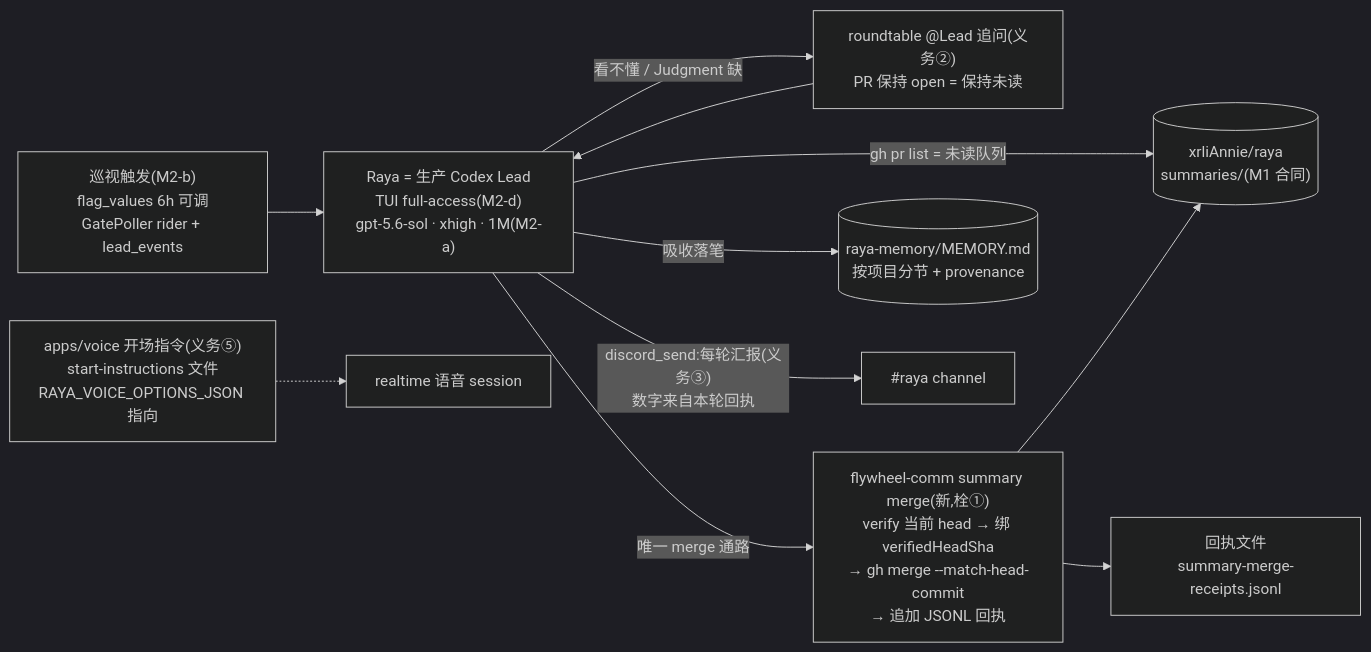
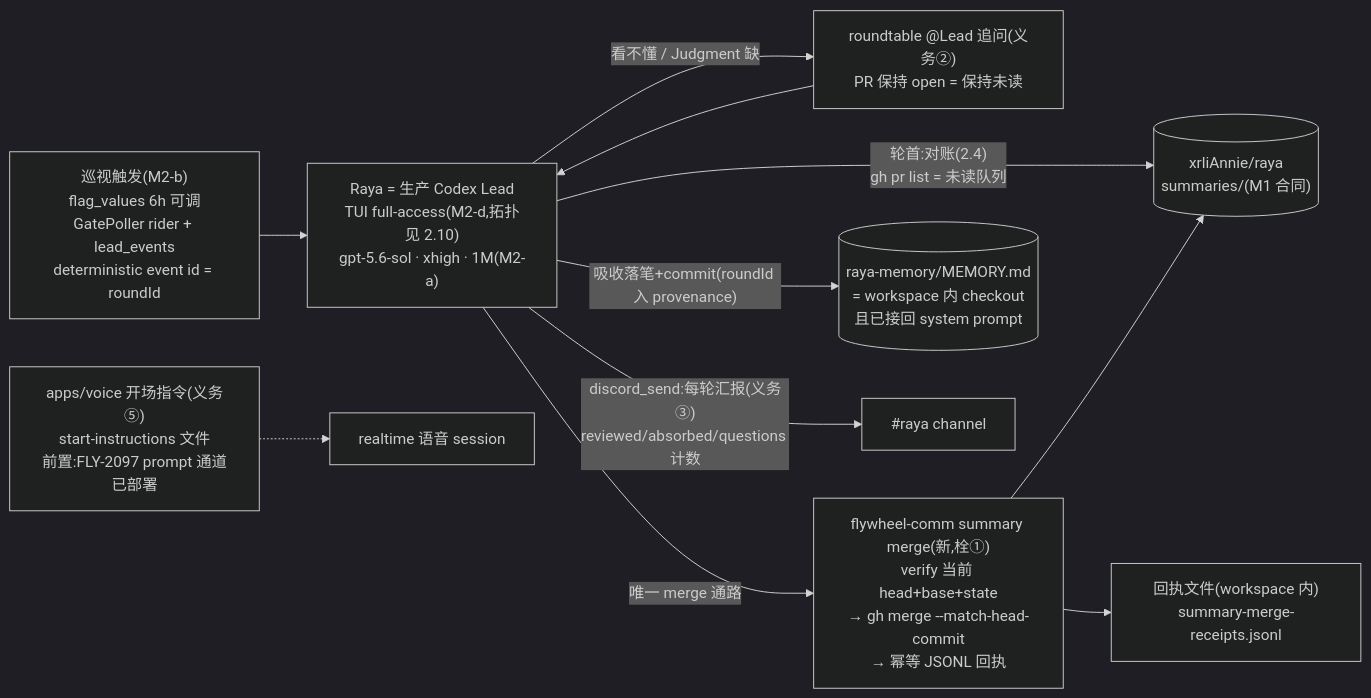
The first of 2 diagrams in engineering/doc/FLY-2131-raya-brain-absorb/plan.md (xrliAnnie/flywheel-qa-sandbox), drawn with Mermaid (dark theme) before and after one commit. The commit also changed other lines of this file and 1 other file, not shown here.

First line of the commit message:
docs(FLY-2131): plan rev2 — adopt Codex R1 (topology, crash windows, reporting contract, voice channel prereq, activation shape, mutating-path checks)

````diff
--- a/engineering/doc/FLY-2131-raya-brain-absorb/plan.md
+++ b/engineering/doc/FLY-2131-raya-brain-absorb/plan.md
@@ -18,13 +18,13 @@
 ```mermaid
 flowchart LR
-  T["巡视触发(M2-b)<br/>flag_values 6h 可调<br/>GatePoller rider + lead_events"] --> R["Raya = 生产 Codex Lead<br/>TUI full-access(M2-d)<br/>gpt-5.6-sol · xhigh · 1M(M2-a)"]
-  R -->|"gh pr list = 未读队列"| S[("xrliAnnie/raya<br/>summaries/(M1 合同)")]
+  T["巡视触发(M2-b)<br/>flag_values 6h 可调<br/>GatePoller rider + lead_events<br/>deterministic event id = roundId"] --> R["Raya = 生产 Codex Lead<br/>TUI full-access(M2-d,拓扑见 2.10)<br/>gpt-5.6-sol · xhigh · 1M(M2-a)"]
+  R -->|"轮首:对账(2.4)<br/>gh pr list = 未读队列"| S[("xrliAnnie/raya<br/>summaries/(M1 合同)")]
   R -->|"看不懂 / Judgment 缺"| Q["roundtable @Lead 追问(义务②)<br/>PR 保持 open = 保持未读"]
   Q --> R
-  R -->|"唯一 merge 通路"| M["flywheel-comm summary merge(新,栓①)<br/>verify 当前 head → 绑 verifiedHeadSha<br/>→ gh merge --match-head-commit<br/>→ 追加 JSONL 回执"]
+  R -->|"唯一 merge 通路"| M["flywheel-comm summary merge(新,栓①)<br/>verify 当前 head+base+state<br/>→ gh merge --match-head-commit<br/>→ 幂等 JSONL 回执"]
   M --> S
-  M --> W["回执文件<br/>summary-merge-receipts.jsonl"]
-  R -->|"吸收落笔"| Y[("raya-memory/MEMORY.md<br/>按项目分节 + provenance")]
-  R -->|"discord_send:每轮汇报(义务③)<br/>数字来自本轮回执"| C["#raya channel"]
-  V["apps/voice 开场指令(义务⑤)<br/>start-instructions 文件<br/>RAYA_VOICE_OPTIONS_JSON 指向"] -.-> R2["realtime 语音 session"]
+  M --> W["回执文件(workspace 内)<br/>summary-merge-receipts.jsonl"]
+  R -->|"吸收落笔+commit(roundId 入 provenance)"| Y[("raya-memory/MEMORY.md<br/>= workspace 内 checkout<br/>且已接回 system prompt")]
+  R -->|"discord_send:每轮汇报(义务③)<br/>reviewed/absorbed/questions 计数"| C["#raya channel"]
+  V["apps/voice 开场指令(义务⑤)<br/>start-instructions 文件<br/>前置:FLY-2097 prompt 通道已部署"] -.-> R2["realtime 语音 session"]
 ```
````
